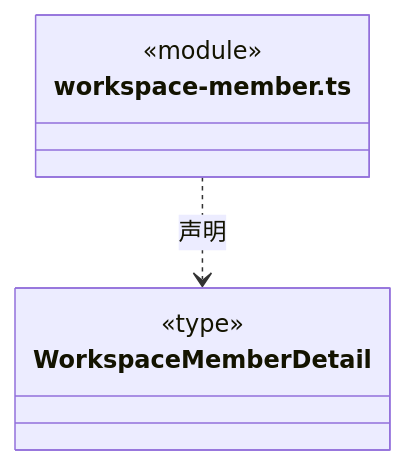
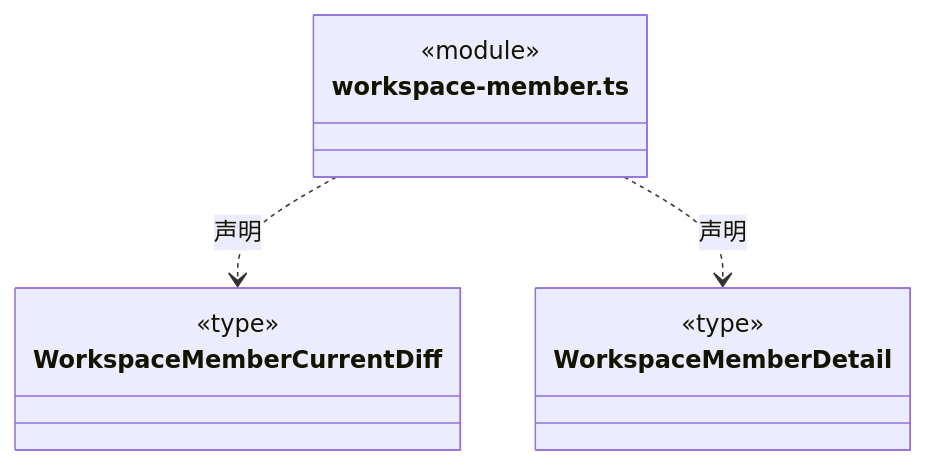
One commit to nan023062/cbim changed diagram 29 of 33 in src/backend/core/team/ARCHITECTURE.md. Above: the diagram before and after it, drawn with Mermaid. The commit also changed other lines of this file and 29 other files, not shown here.

Commit message:
feat(team): enable governed main-agent member changes (#36)

````diff
--- a/src/backend/core/team/ARCHITECTURE.md
+++ b/src/backend/core/team/ARCHITECTURE.md
@@ -665,11 +704,16 @@
 ```mermaid
 classDiagram
 class N_src_backend_core_team_workspace_member_ts["workspace-member.ts"] {
   <<module>>
 }
+class N_src_backend_core_team_workspace_member_ts_WorkspaceMemberCurrentDiff["WorkspaceMemberCurrentDiff"] {
+  <<type>>
+
+}
+N_src_backend_core_team_workspace_member_ts ..> N_src_backend_core_team_workspace_member_ts_WorkspaceMemberCurrentDiff : 声明
 class N_src_backend_core_team_workspace_member_ts_WorkspaceMemberDetail["WorkspaceMemberDetail"] {
   <<type>>
 
 }
 N_src_backend_core_team_workspace_member_ts ..> N_src_backend_core_team_workspace_member_ts_WorkspaceMemberDetail : 声明
 ```
````
